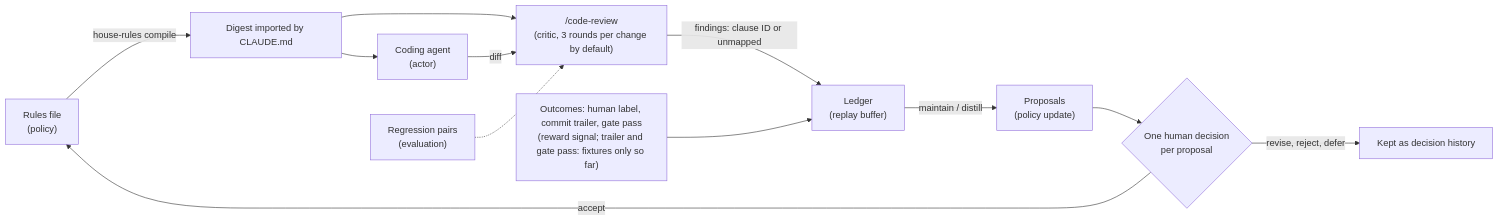
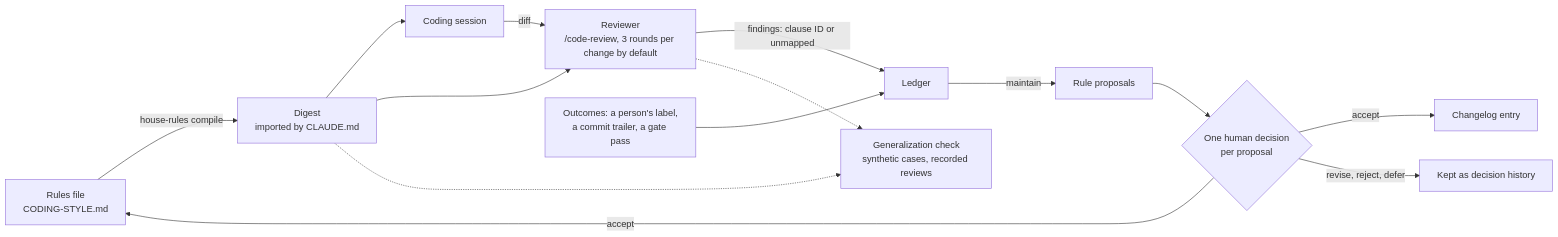
The diagram in docs/METHOD.md (wangxuzhou666-arch/house-rules), drawn with Mermaid before and after one commit. The commit also changed other lines of this file and 6 other files, not shown here.

````diff
--- a/docs/METHOD.md
+++ b/docs/METHOD.md
@@ -36,14 +42,16 @@
 ```mermaid
 flowchart LR
-  R["Rules file<br/>(policy)"] -->|"house-rules compile"| D["Digest imported by CLAUDE.md"]
-  D --> A["Coding agent<br/>(actor)"]
-  D --> C["/code-review<br/>(critic, 3 rounds per change by default)"]
+  R["Rules file<br/>CODING-STYLE.md"] -->|"house-rules compile"| D["Digest<br/>imported by CLAUDE.md"]
+  D --> A["Coding session"]
+  D --> C["Reviewer<br/>/code-review, 3 rounds per change by default"]
   A -->|"diff"| C
-  C -->|"findings: clause ID or unmapped"| L["Ledger<br/>(replay buffer)"]
-  O["Outcomes: human label, commit trailer, gate pass<br/>(reward signal; trailer and gate pass: fixtures only so far)"] --> L
-  L -->|"maintain / distill"| P["Proposals<br/>(policy update)"]
+  C -->|"findings: clause ID or unmapped"| L["Ledger"]
+  O["Outcomes: a person's label,<br/>a commit trailer, a gate pass"] --> L
+  L -->|"maintain"| P["Rule proposals"]
   P --> H{"One human decision<br/>per proposal"}
   H -->|"accept"| R
+  H -->|"accept"| CL["Changelog entry"]
   H -->|"revise, reject, defer"| K["Kept as decision history"]
-  T["Regression pairs<br/>(evaluation)"] -.-> C
+  D -.-> G["Generalization check<br/>synthetic cases, recorded reviews"]
+  C -.-> G
 ```
````
